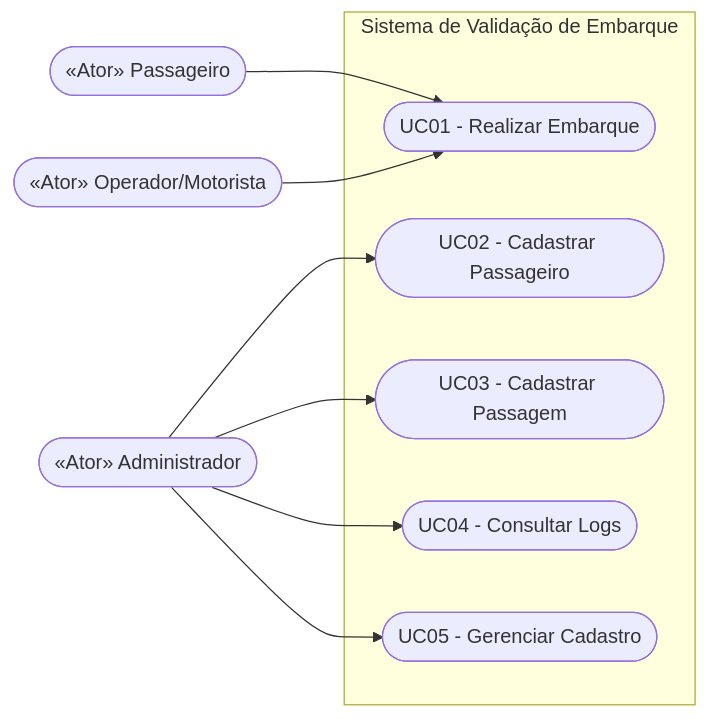
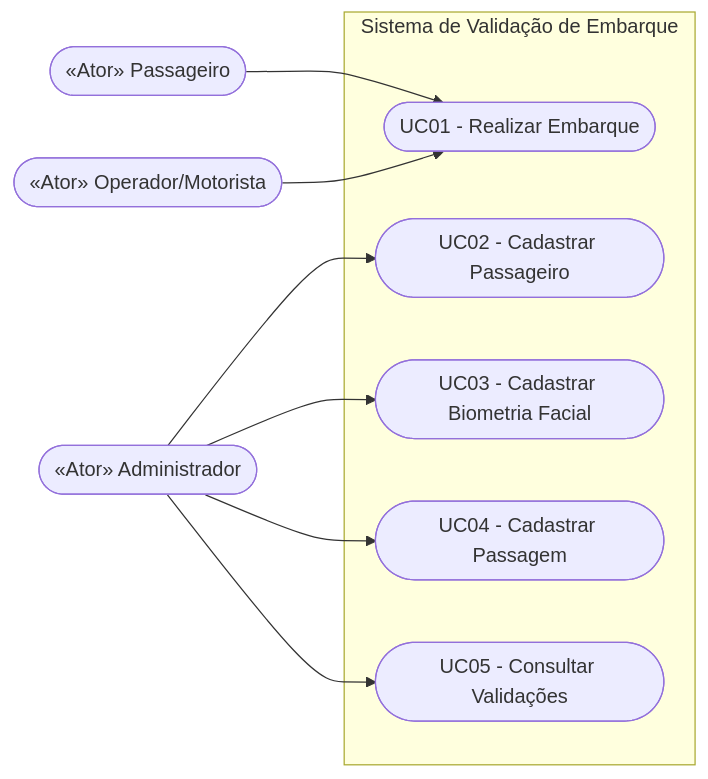
Before and after one commit to vitormz6/Sistema-De-Validacao-De-Embarque-Por-Reconhecimento-Facial: the fourth of 7 diagrams in README.md, drawn with Mermaid. The commit also changed other lines of this file and 302 other files, not shown here.

````diff
--- a/README.md
+++ b/README.md
@@ -579,21 +566,21 @@
 ```mermaid
 flowchart LR
     actorPassageiro([«Ator» Passageiro])
     actorOperador([«Ator» Operador/Motorista])
     actorAdmin([«Ator» Administrador])
 
     subgraph Sistema [Sistema de Validação de Embarque]
         UC01([UC01 - Realizar Embarque])
         UC02([UC02 - Cadastrar Passageiro])
-        UC03([UC03 - Cadastrar Passagem])
-        UC04([UC04 - Consultar Logs])
-        UC05([UC05 - Gerenciar Cadastro])
+        UC03([UC03 - Cadastrar Biometria Facial])
+        UC04([UC04 - Cadastrar Passagem])
+        UC05([UC05 - Consultar Validações])
     end
 
     actorPassageiro --> UC01
     actorOperador --> UC01
     actorAdmin --> UC02
     actorAdmin --> UC03
     actorAdmin --> UC04
     actorAdmin --> UC05
 ```
````
